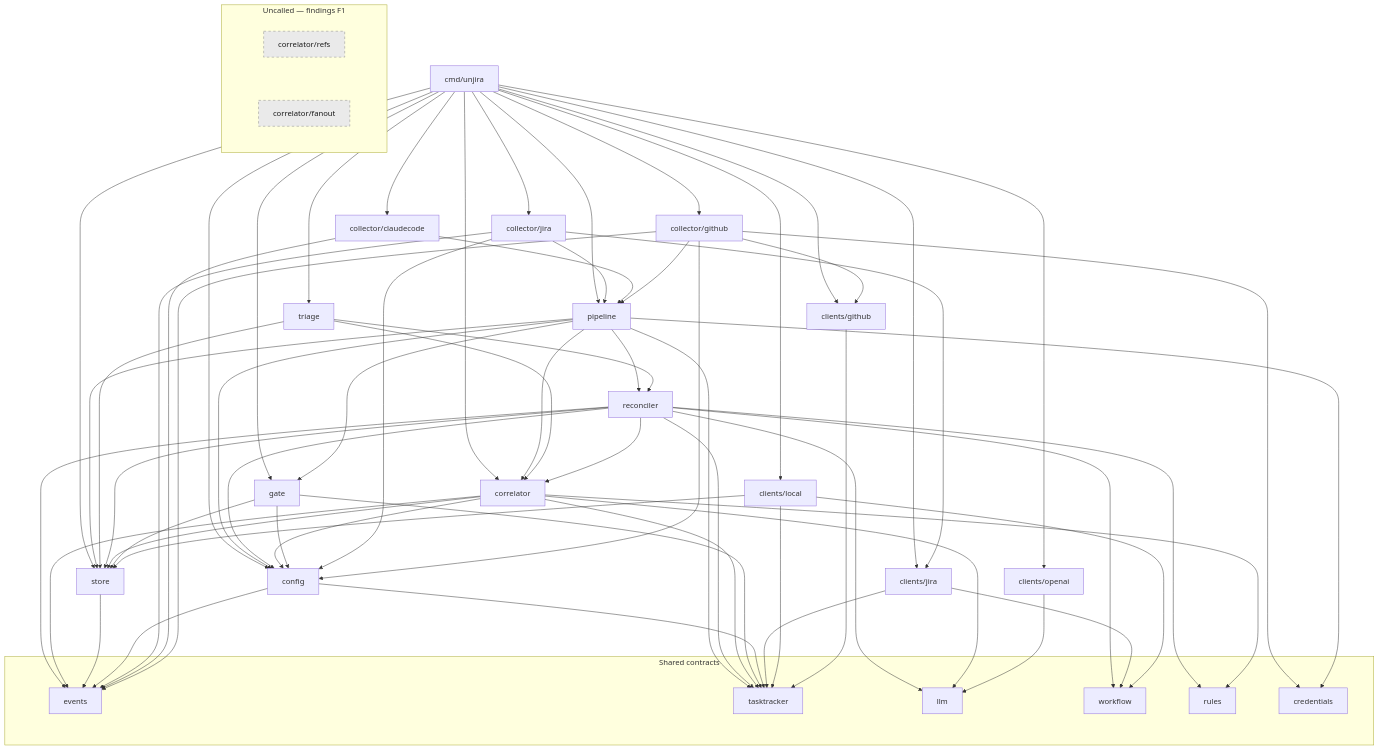
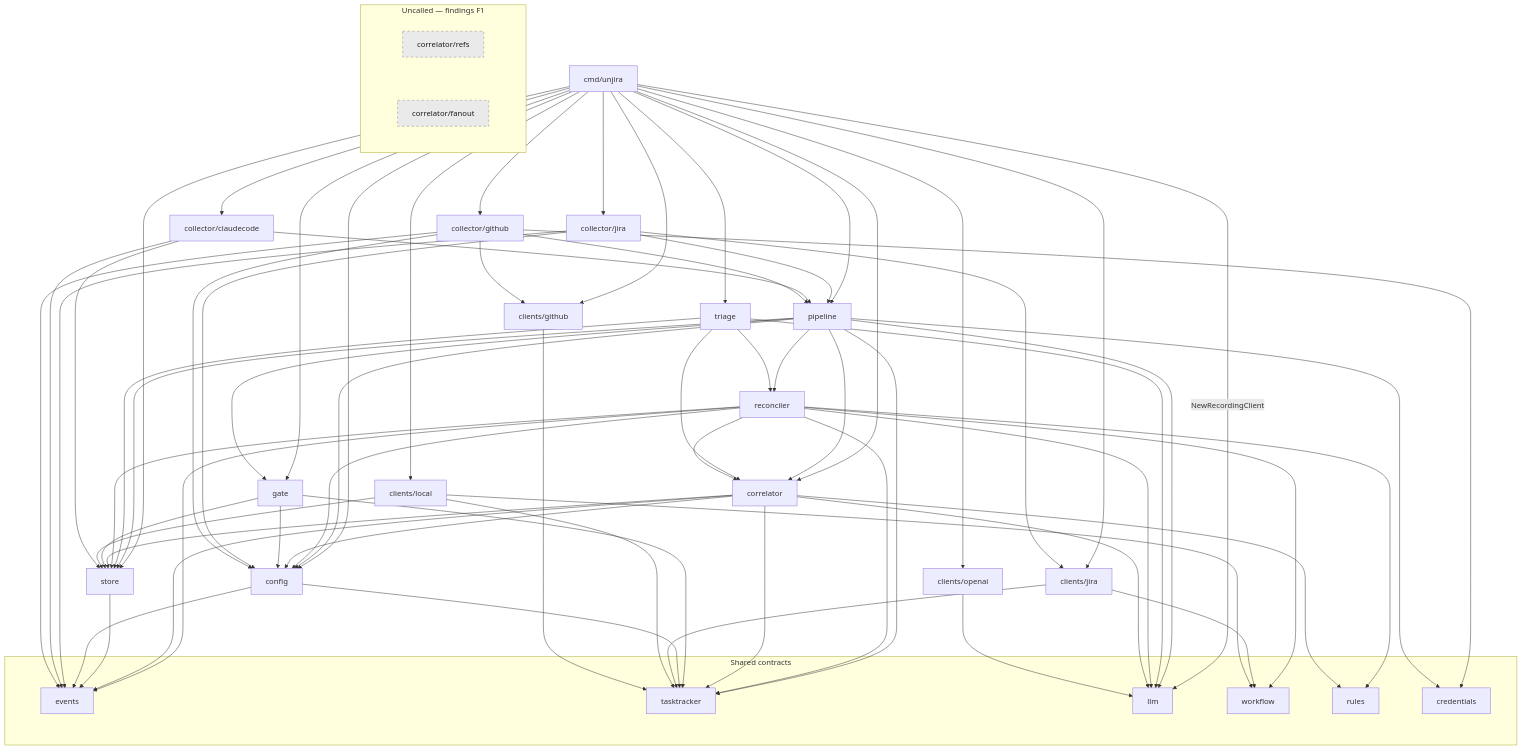
One commit to jcogilvie/unjira changed the fourth of 4 diagrams in docs/architecture.md. Above: the diagram before and after it, drawn with Mermaid. The commit also changed other lines of this file and 37 other files, not shown here.

````diff
--- a/docs/architecture.md
+++ b/docs/architecture.md
@@ -438,58 +458,59 @@
 ```mermaid
 ---
 config:
   nodeSpacing: 90
   rankSpacing: 130
 ---
 flowchart TB
     CMD["cmd/unjira"]
     PIPE["pipeline"]
     TRIAGE["triage"]
     RECON["reconciler"]
     CORR["correlator"]
     GATE["gate"]
     STORE["store"]
     CONFIG["config"]
     CJIRA["clients/jira"]
     CGH["clients/github"]
     CLOCAL["clients/local"]
     COAI["clients/openai"]
     COLLJ["collector/jira"]
     COLLC["collector/claudecode"]
     COLLGH["collector/github"]
 
     subgraph contracts["Shared contracts"]
         EVENTS["events"]
         TT["tasktracker"]
         LLM["llm"]
         WF["workflow"]
         RULES["rules"]
         CRED["credentials"]
     end
 
     subgraph orphans["Uncalled — findings F1"]
         REFS["correlator/refs"]
         FANOUT["correlator/fanout"]
     end
 
     CMD --> PIPE & TRIAGE & GATE & CORR & STORE & CONFIG
+    CMD -->|"NewRecordingClient"| LLM
     CMD --> CJIRA & CGH & CLOCAL & COAI & COLLJ & COLLC & COLLGH
-    PIPE --> RECON & CORR & GATE & STORE & CONFIG & TT
-    TRIAGE --> RECON & CORR & STORE
+    PIPE --> RECON & CORR & GATE & STORE & CONFIG & TT & LLM
+    TRIAGE --> RECON & CORR & STORE & LLM
     RECON --> CORR & STORE & CONFIG & WF & LLM & RULES & EVENTS & TT
     CORR --> STORE & CONFIG & LLM & RULES & EVENTS & TT
     GATE --> STORE & CONFIG & TT
     STORE --> EVENTS
     CONFIG --> EVENTS & TT
     CJIRA --> TT & WF
     CLOCAL --> STORE & TT & WF
     COAI --> LLM
     COLLJ --> CJIRA & CONFIG & EVENTS & PIPE
-    COLLC --> EVENTS & PIPE
+    COLLC --> EVENTS & PIPE & STORE
     COLLGH --> CGH & CONFIG & EVENTS & PIPE & CRED
     CGH --> TT
     PIPE --> CRED
 
     classDef orphan fill:#eaeaea,stroke:#888,stroke-dasharray: 5 5,color:#1a1a1a
     class REFS,FANOUT orphan
 ```
````
